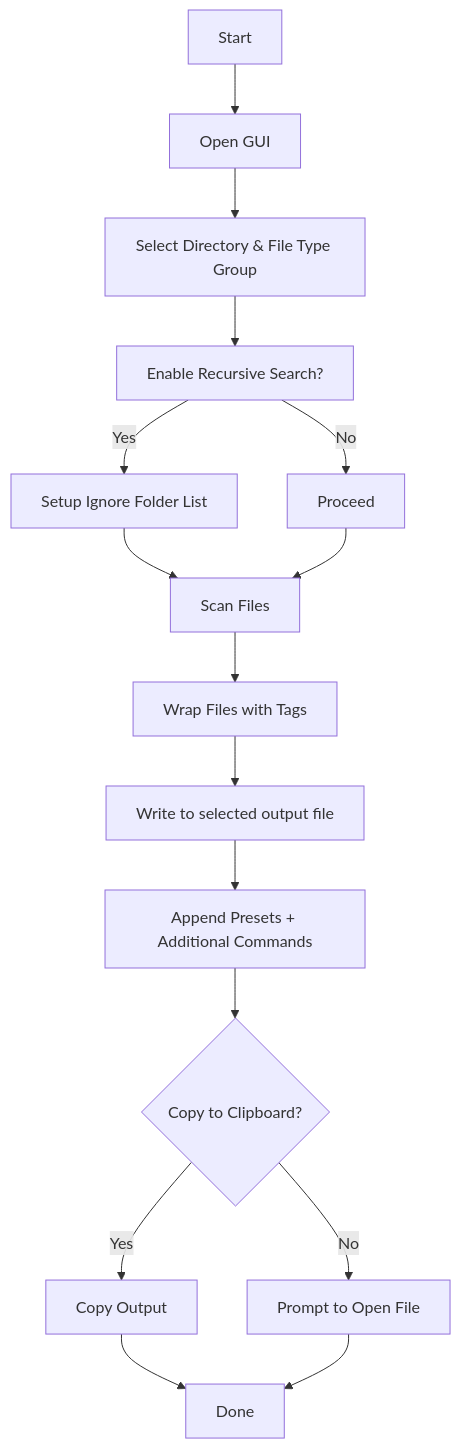
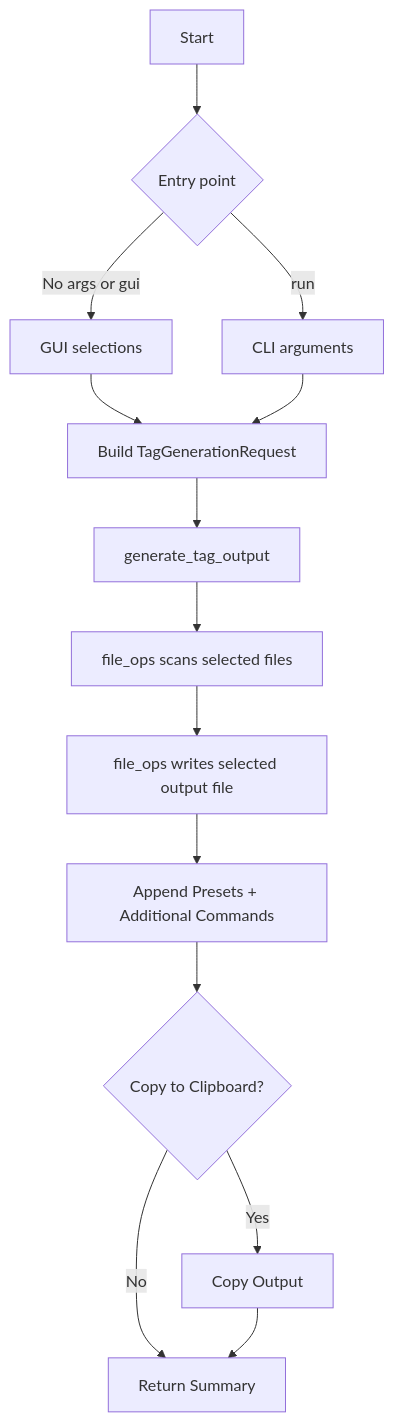
One commit to multiplex55/code-file-wrapper changed the diagram in README.md. Above: the diagram before and after it, drawn with Mermaid. The commit also changed other lines of this file and 6 other files, not shown here.

Commit message:
Refresh generation architecture documentation

````diff
--- a/README.md
+++ b/README.md
@@ -192,18 +225,16 @@
 ```mermaid
 graph TD;
-    A[Start] --> B[Open GUI]
-    B --> C[Select Directory & File Type Group]
-    C --> D[Enable Recursive Search?]
-    D -->|Yes| E[Setup Ignore Folder List]
-    D -->|No| F[Proceed]
-    E --> G[Scan Files]
-    F --> G
-    G --> H[Wrap Files with <RelativePath> Tags]
-    H --> I[Write to selected output file]
-    I --> J[Append Presets + Additional Commands]
-    J --> K{Copy to Clipboard?}
-    K -->|Yes| L[Copy Output]
-    K -->|No| M[Prompt to Open File]
-    L --> N[Done]
-    M --> N
+    A[Start] --> B{Entry point}
+    B -->|No args or gui| C[GUI selections]
+    B -->|run| D[CLI arguments]
+    C --> E[Build TagGenerationRequest]
+    D --> E
+    E --> F[generate_tag_output]
+    F --> G[file_ops scans selected files]
+    G --> H[file_ops writes selected output file]
+    H --> I[Append Presets + Additional Commands]
+    I --> J{Copy to Clipboard?}
+    J -->|Yes| K[Copy Output]
+    J -->|No| L[Return Summary]
+    K --> L
 ```
````
